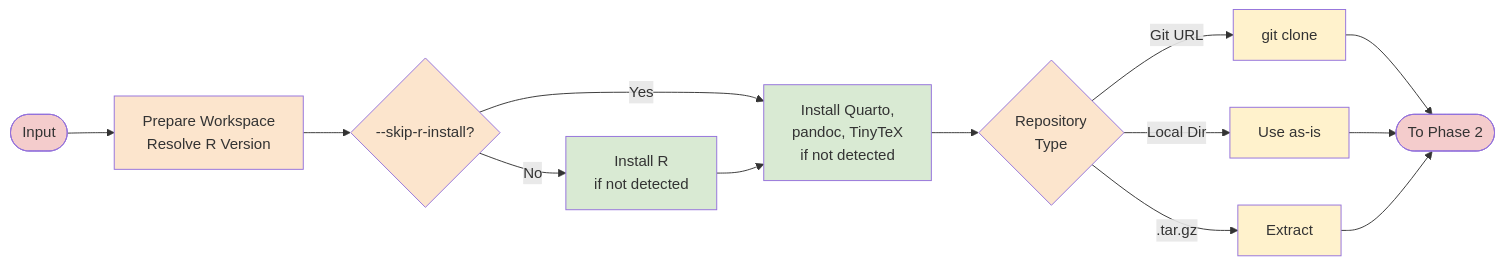
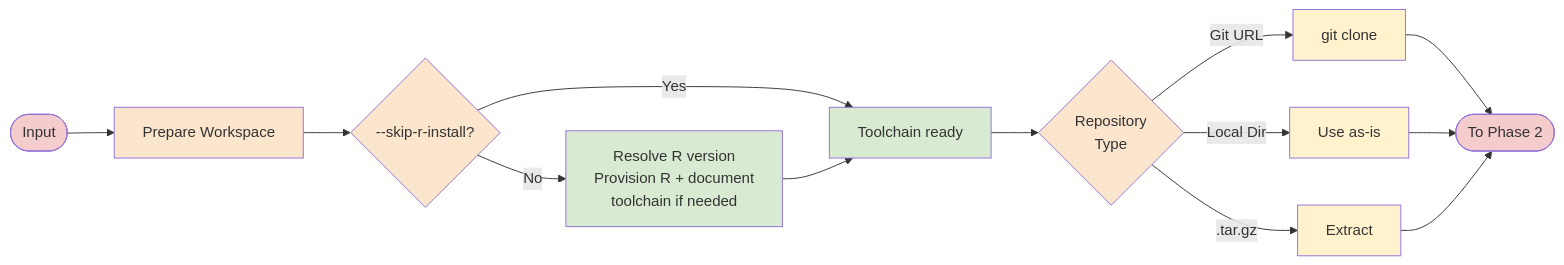
One commit to nanxstats/revdeprun changed the first of 2 diagrams in docs/design/workflow.md. Above: the diagram before and after it, drawn with Mermaid. The commit also changed other lines of this file and 11 other files, not shown here.

First line of the commit message:
Correct `--skip-r-install` behavior + improve Debian version fallback logic (#166)

````diff
--- a/docs/design/workflow.md
+++ b/docs/design/workflow.md
@@ -12,29 +12,29 @@
 ```mermaid
 flowchart LR
-    Start([Input]) --> Setup[Prepare Workspace<br/>Resolve R Version]
+    Start([Input]) --> Setup[Prepare Workspace]
     Setup --> CheckR{--skip-r-install?}
 
-    CheckR -->|No| InstallR[Install R<br/>if not detected]
-    CheckR -->|Yes| InstallDocs
-    InstallR --> InstallDocs[Install Quarto,<br/>pandoc, TinyTeX<br/>if not detected]
-    InstallDocs --> PrepRepo{Repository<br/>Type}
+    CheckR -->|No| Provision[Resolve R version<br/>Provision R + document<br/>toolchain if needed]
+    CheckR -->|Yes| Ready[Use system toolchain]
+    Provision --> Ready[Toolchain ready]
+    Ready --> PrepRepo{Repository<br/>Type}
 
     PrepRepo -->|Git URL| Clone[git clone]
     PrepRepo -->|Local Dir| UseLocal[Use as-is]
     PrepRepo -->|.tar.gz| Extract[Extract]
 
     Clone --> Next([To Phase 2])
     UseLocal --> Next
     Extract --> Next
 
     style Start fill:#f4cccc
     style Next fill:#f4cccc
     style Setup fill:#fce5cd
     style CheckR fill:#fce5cd
-    style InstallR fill:#d9ead3
-    style InstallDocs fill:#d9ead3
+    style Provision fill:#d9ead3
+    style Ready fill:#d9ead3
     style PrepRepo fill:#fce5cd
     style Clone fill:#fff2cc
     style UseLocal fill:#fff2cc
     style Extract fill:#fff2cc
 ```
````
